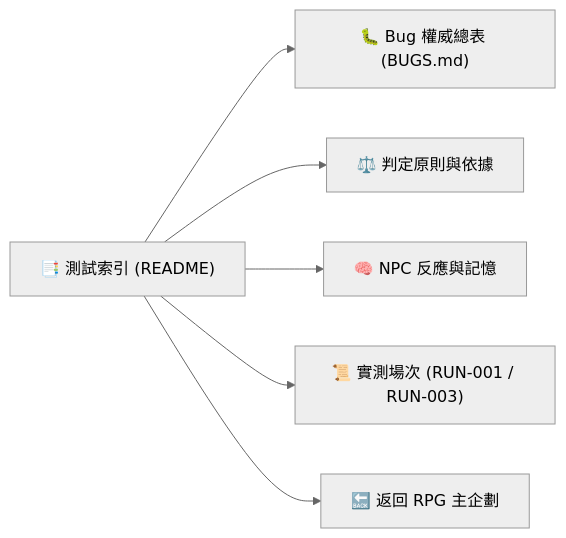
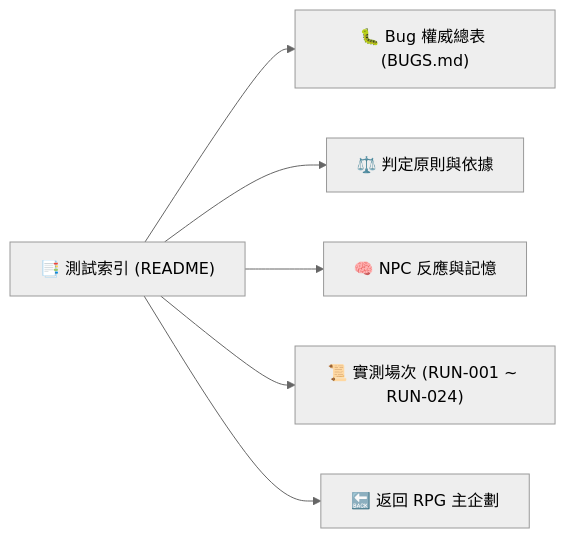
One commit to wuharry/obsidian-notes changed the diagram in Notion/專案名稱：(待定) 2D-3D 動作 RPG 企劃案/TRPG測試/README.md. Above: the diagram before and after it, drawn with Mermaid (neutral theme). The commit also changed other lines of this file and 5 other files, not shown here.

````diff
--- a/Notion/專案名稱：(待定) 2D-3D 動作 RPG 企劃案/TRPG測試/README.md
+++ b/Notion/專案名稱：(待定) 2D-3D 動作 RPG 企劃案/TRPG測試/README.md
@@ -19,8 +19,8 @@
 ```mermaid
 graph LR
     Index["📑 測試索引 (README)"] --> Bugs["🐛 Bug 權威總表 (BUGS.md)"]
     Index --> Rules["⚖️ 判定原則與依據"]
     Index --> Memory["🧠 NPC 反應與記憶"]
-    Index --> Runs["📜 實測場次 (RUN-001 / RUN-003)"]
+    Index --> Runs["📜 實測場次 (RUN-001 ~ RUN-024)"]
     Index --> MainDoc["🔙 返回 RPG 主企劃"]
 ```
````
